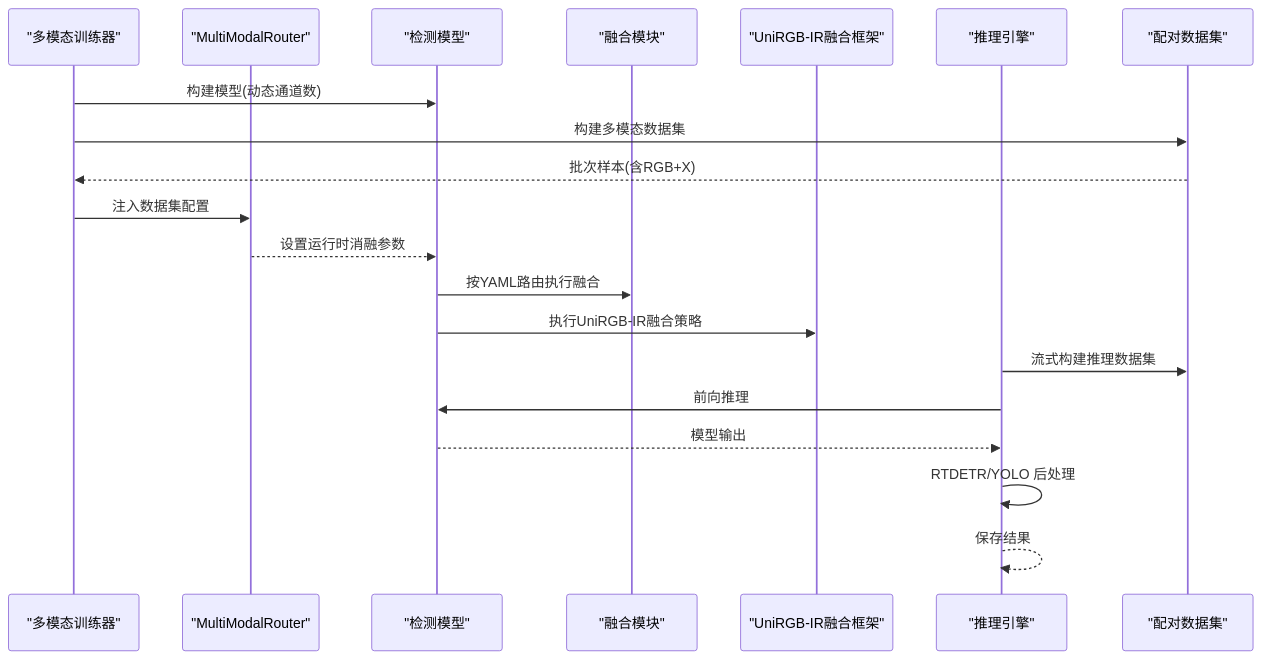
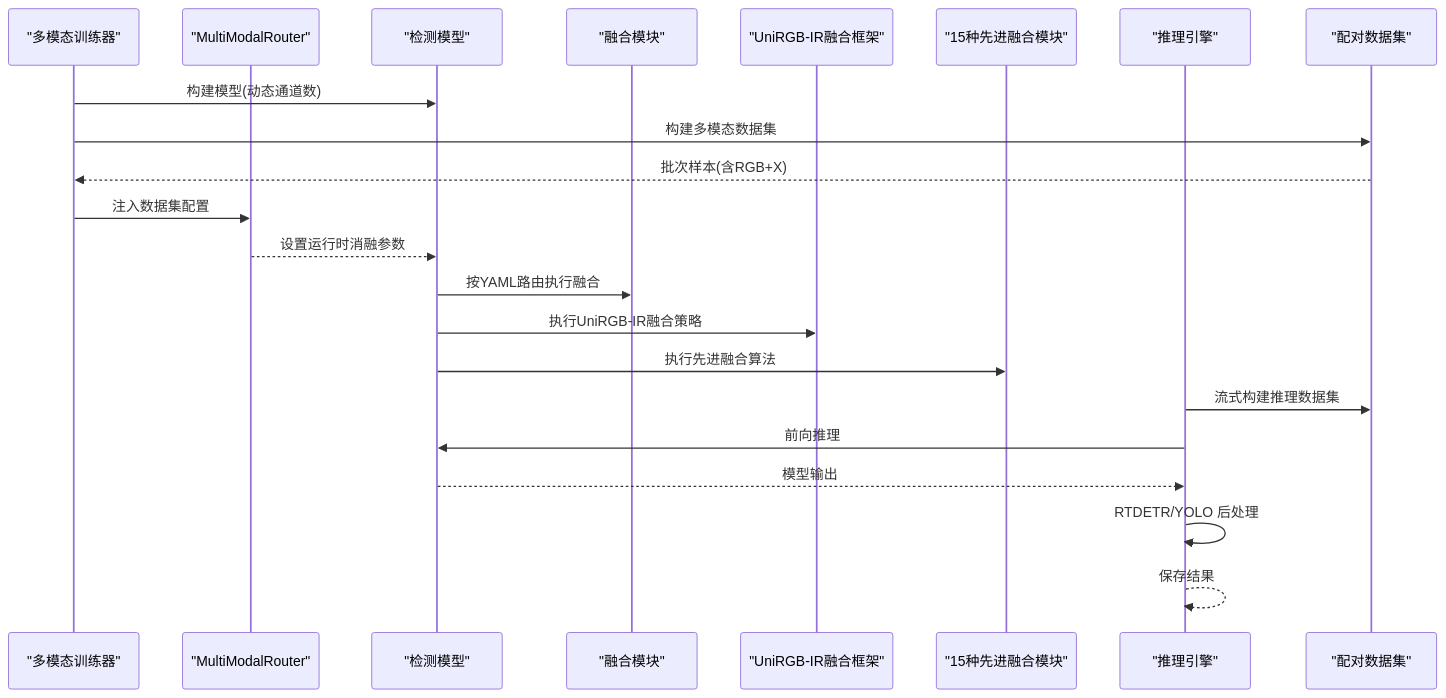
Before and after one commit to 2208754827/MM-IMPROVE: the second of 3 diagrams in .qoder/repowiki/zh/content/特征融合策略/特征融合策略.md, drawn with Mermaid. The commit also changed other lines of this file and 151 other files, not shown here.

````diff
--- a/.qoder/repowiki/zh/content/特征融合策略/特征融合策略.md
+++ b/.qoder/repowiki/zh/content/特征融合策略/特征融合策略.md
@@ -112,22 +135,24 @@
 ```mermaid
 sequenceDiagram
 participant Trainer as "多模态训练器"
 participant Router as "MultiModalRouter"
 participant Model as "检测模型"
 participant Fusion as "融合模块"
 participant UniRGBIR as "UniRGB-IR融合框架"
+participant Advanced as "15种先进融合模块"
 participant Infer as "推理引擎"
 participant Data as "配对数据集"
 Trainer->>Model : 构建模型(动态通道数)
 Trainer->>Data : 构建多模态数据集
 Data-->>Trainer : 批次样本(含RGB+X)
 Trainer->>Router : 注入数据集配置
 Router-->>Model : 设置运行时消融参数
 Model->>Fusion : 按YAML路由执行融合
 Model->>UniRGBIR : 执行UniRGB-IR融合策略
+Model->>Advanced : 执行先进融合算法
 Infer->>Data : 流式构建推理数据集
 Infer->>Model : 前向推理
 Model-->>Infer : 模型输出
 Infer->>Infer : RTDETR/YOLO 后处理
 Infer-->>Infer : 保存结果
 ```
````
